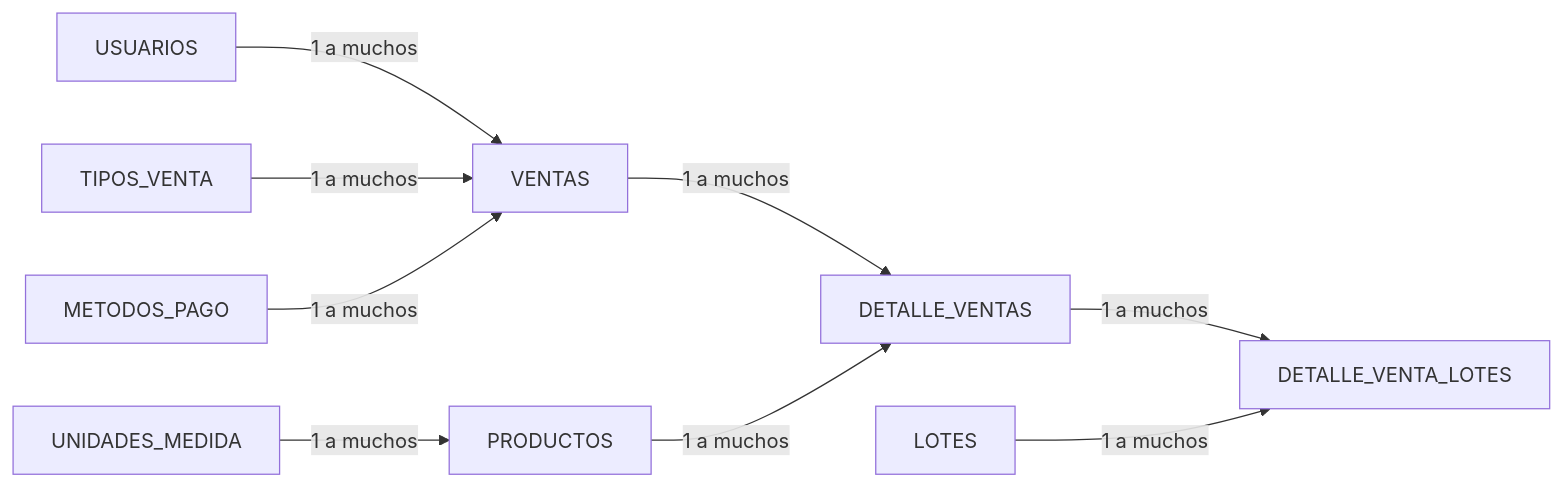
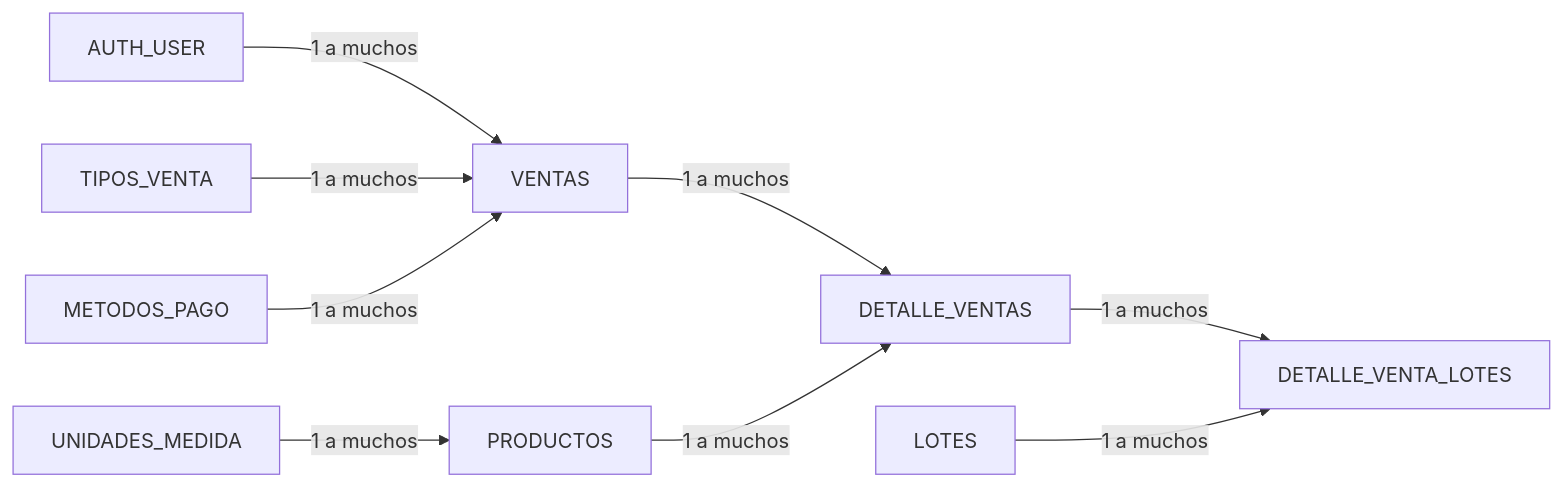
One commit to Renzzoworld/rapid-market changed the first of 3 diagrams in docs/DER_RESUMIDO_PARA_FOTO.md. Above: the diagram before and after it, drawn with Mermaid. The commit also changed other lines of this file and 18 other files, not shown here.

````diff
--- a/docs/DER_RESUMIDO_PARA_FOTO.md
+++ b/docs/DER_RESUMIDO_PARA_FOTO.md
@@ -7,11 +7,11 @@
 ```mermaid
 flowchart LR
-    U[USUARIOS] -->|1 a muchos| V[VENTAS]
+    U[AUTH_USER] -->|1 a muchos| V[VENTAS]
     TV[TIPOS_VENTA] -->|1 a muchos| V
     MP[METODOS_PAGO] -->|1 a muchos| V
     V -->|1 a muchos| DV[DETALLE_VENTAS]
     P[PRODUCTOS] -->|1 a muchos| DV
     UM[UNIDADES_MEDIDA] -->|1 a muchos| P
     DV -->|1 a muchos| DVL[DETALLE_VENTA_LOTES]
     L[LOTES] -->|1 a muchos| DVL
 ```
````
